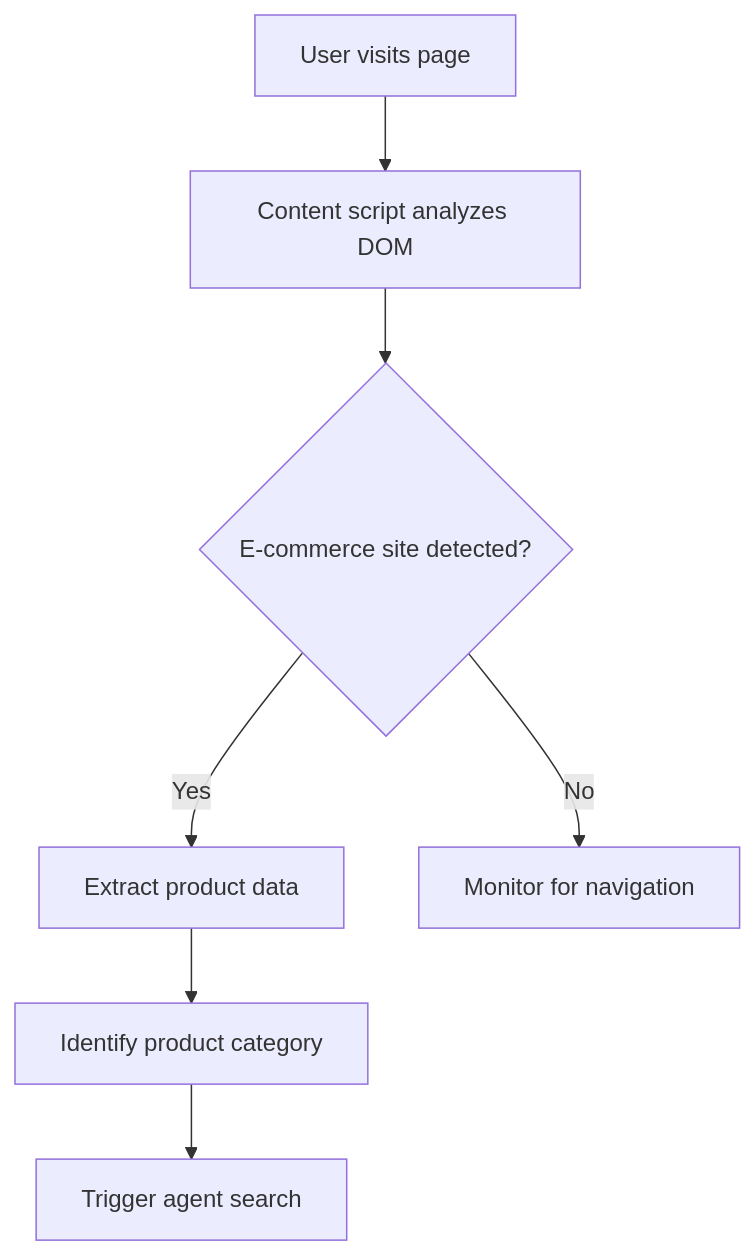
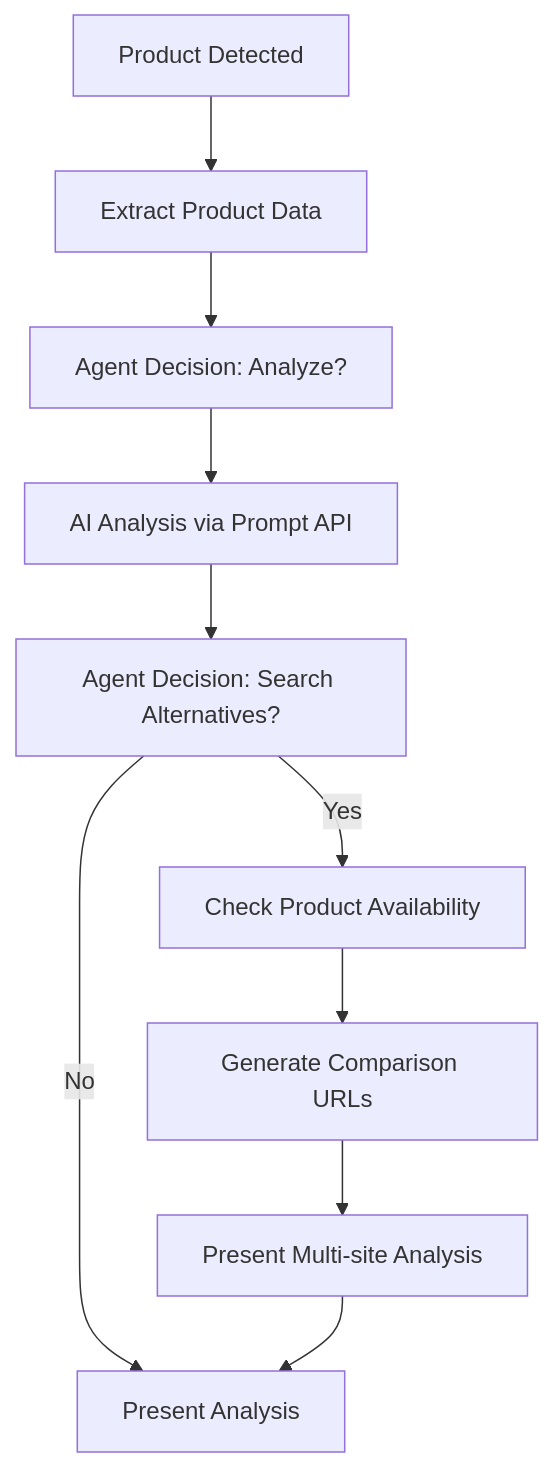
One commit to angu10/ProductScout changed the diagram in ARCHITECTURE.md. Above: the diagram before and after it, drawn with Mermaid. The commit also changed other lines of this file and 4 other files, not shown here.

````diff
--- a/ARCHITECTURE.md
+++ b/ARCHITECTURE.md
@@ -140,9 +40,12 @@
 ```mermaid
 graph TD
-    A[User visits page] --> B[Content script analyzes DOM]
-    B --> C{E-commerce site detected?}
-    C -->|Yes| D[Extract product data]
-    C -->|No| E[Monitor for navigation]
-    D --> F[Identify product category]
-    F --> G[Trigger agent search]
+    A[Product Detected] --> B[Extract Product Data]
+    B --> C[Agent Decision: Analyze?]
+    C --> D[AI Analysis via Prompt API]
+    D --> E[Agent Decision: Search Alternatives?]
+    E -->|Yes| F[Check Product Availability]
+    E -->|No| G[Present Analysis]
+    F --> H[Generate Comparison URLs]
+    H --> I[Present Multi-site Analysis]
+    I --> G
 ```
````
